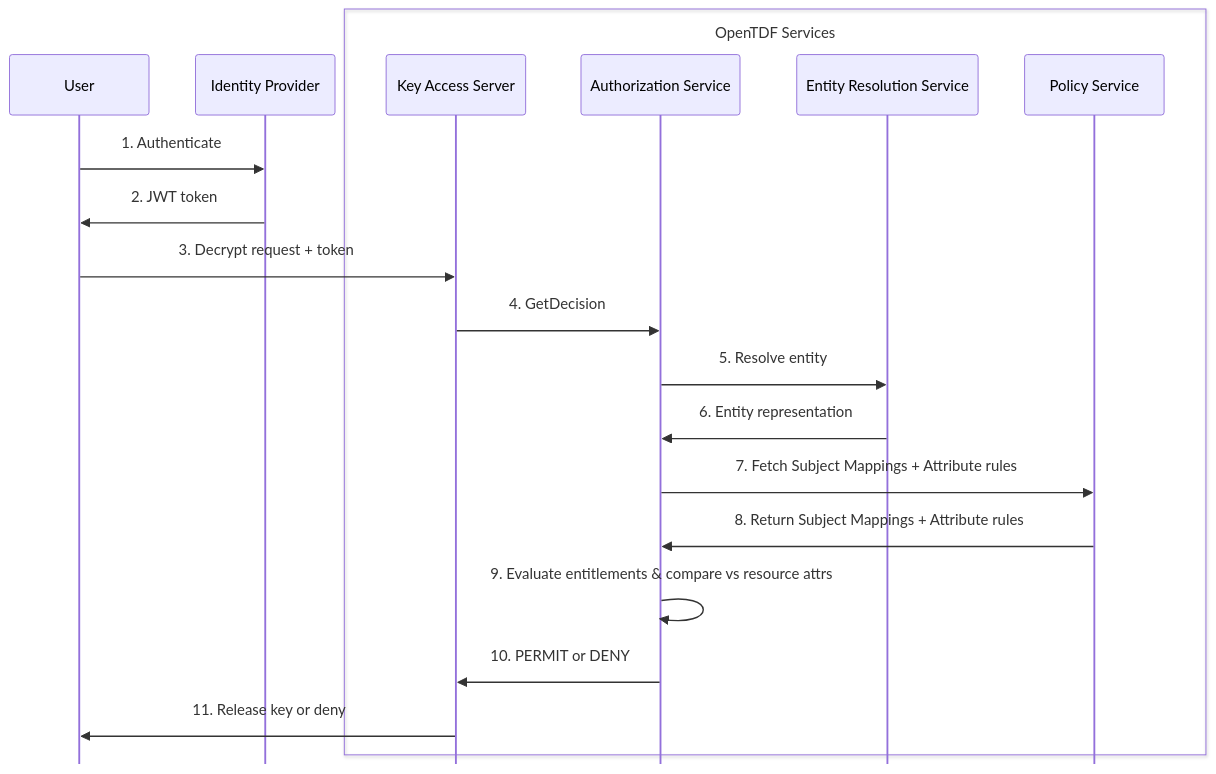
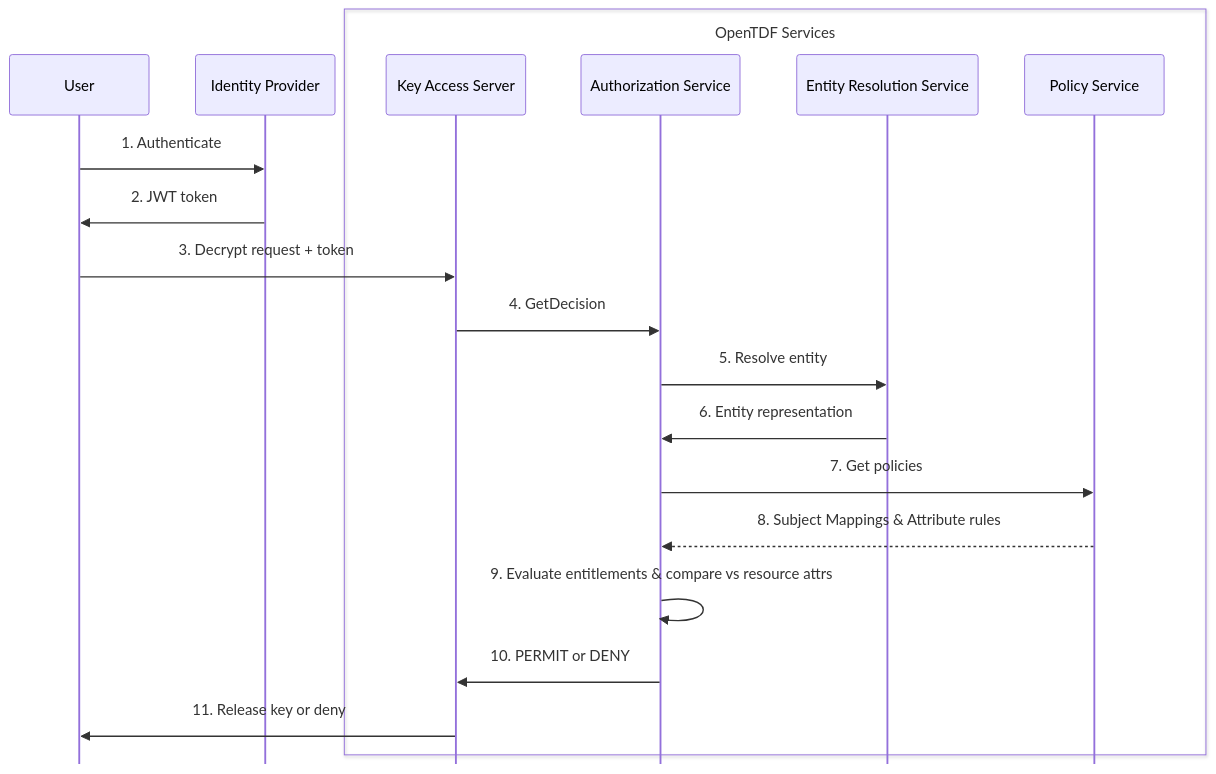
The first of 5 diagrams in docs/guides/subject-mapping-guide.md (opentdf/docs), drawn with Mermaid before and after one commit. The commit also changed other lines of this file, not shown here.

Commit message:
fix: use dashed arrows and concise labels for Policy responses in diagrams
Addresses Gemini review: use -->> for response arrows per Mermaid
sequence diagram convention, and simplify step labels.

````diff
--- a/docs/guides/subject-mapping-guide.md
+++ b/docs/guides/subject-mapping-guide.md
@@ -61,28 +61,28 @@
 ```mermaid
 %%{init: {'sequence': {'boxMargin': 20, 'mirrorActors': false}}}%%
 sequenceDiagram
     participant User
     participant IdP as Identity Provider
     box OpenTDF Services
         participant KAS as Key Access Server
         participant Auth as Authorization Service
         participant ERS as Entity Resolution Service
         participant Policy as Policy Service
     end
 
     User->>IdP: 1. Authenticate
     IdP->>User: 2. JWT token
 
     User->>KAS: 3. Decrypt request + token
     KAS->>Auth: 4. GetDecision
 
     Auth->>ERS: 5. Resolve entity
     ERS->>Auth: 6. Entity representation
 
-    Auth->>Policy: 7. Fetch Subject Mappings + Attribute rules
-    Policy->>Auth: 8. Return Subject Mappings + Attribute rules
+    Auth->>Policy: 7. Get policies
+    Policy-->>Auth: 8. Subject Mappings & Attribute rules
 
     Auth->>Auth: 9. Evaluate entitlements & compare vs resource attrs
     Auth->>KAS: 10. PERMIT or DENY
     KAS->>User: 11. Release key or deny
 ```
````
